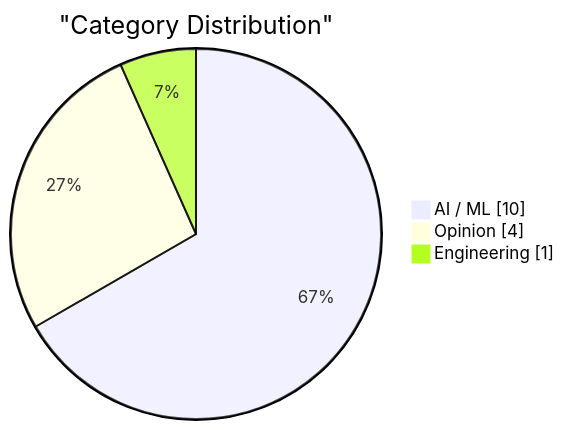
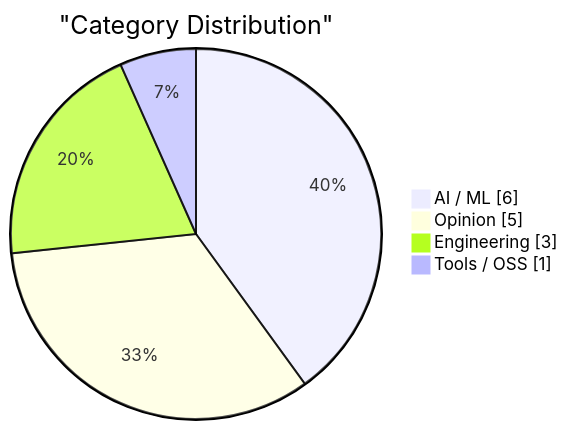
One commit to 0xEmberZz/daily-digest changed the first of 2 diagrams in digests/latest.md. Above: the diagram before and after it, drawn with Mermaid. The commit also changed other lines of this file and 2 other files, not shown here.

````diff
--- a/digests/latest.md
+++ b/digests/latest.md
@@ -70,7 +70,8 @@
 ```mermaid
 pie showData
     title "Category Distribution"
-    "AI / ML" : 10
-    "Opinion" : 4
-    "Engineering" : 1
+    "AI / ML" : 6
+    "Opinion" : 5
+    "Engineering" : 3
+    "Tools / OSS" : 1
 ```
````
